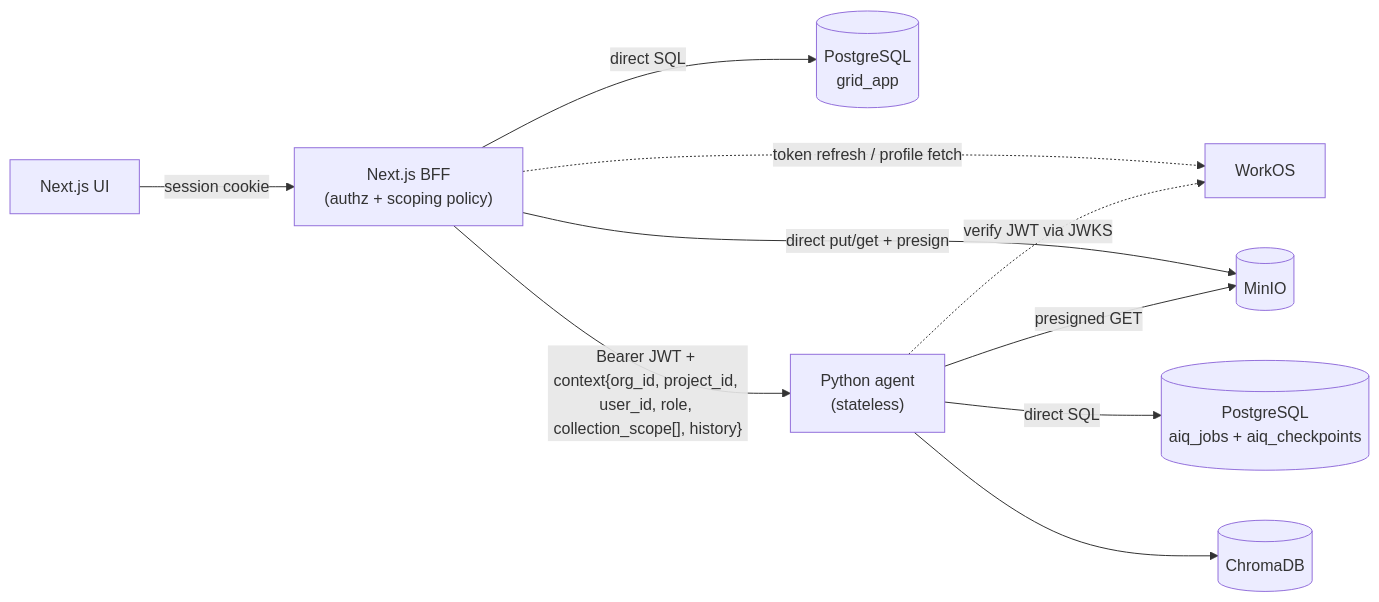
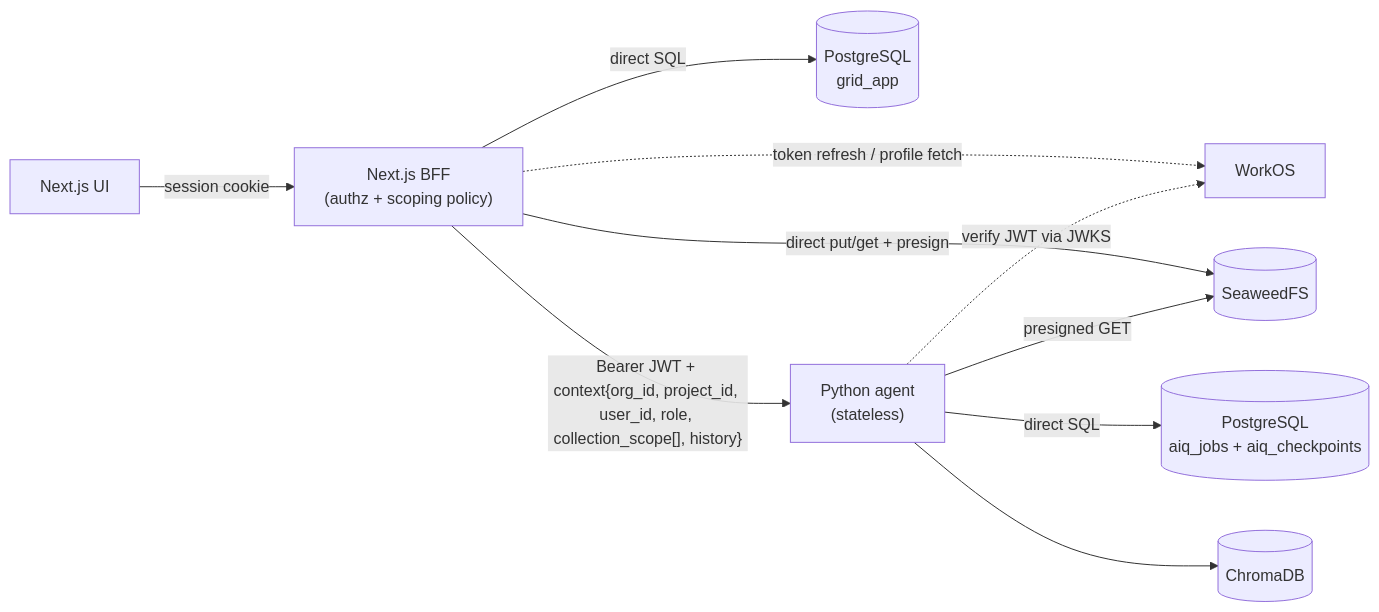
The second of 15 diagrams in docs/architecture/multitenancy-and-auth-spec.md (GRID-check/grid-oib-agent), drawn with Mermaid before and after one commit. The commit also changed other lines of this file and 60 other files, not shown here.

First line of the commit message:
Migrate object storage from MinIO to SeaweedFS

````diff
--- a/docs/architecture/multitenancy-and-auth-spec.md
+++ b/docs/architecture/multitenancy-and-auth-spec.md
@@ -161,21 +161,21 @@
 ```mermaid
 flowchart LR
     UI["Next.js UI"]
     BFF["Next.js BFF<br/>(authz + scoping policy)"]
     PGApp[("PostgreSQL\ngrid_app")]
     PGAgent[("PostgreSQL\naiq_jobs + aiq_checkpoints")]
-    Obj[("MinIO")]
+    Obj[("SeaweedFS")]
     Py["Python agent\n(stateless)"]
     Vec[("ChromaDB")]
     WorkOS["WorkOS"]
 
     UI -->|session cookie| BFF
     BFF -. token refresh / profile fetch .-> WorkOS
     BFF -->|direct SQL| PGApp
     Py -->|direct SQL| PGAgent
     BFF -->|direct put/get + presign| Obj
     BFF -->|"Bearer JWT + context{org_id, project_id, user_id, role, collection_scope[], history}"| Py
     Py -. verify JWT via JWKS .-> WorkOS
     Py --> Vec
     Py -->|presigned GET| Obj
 ```
````
